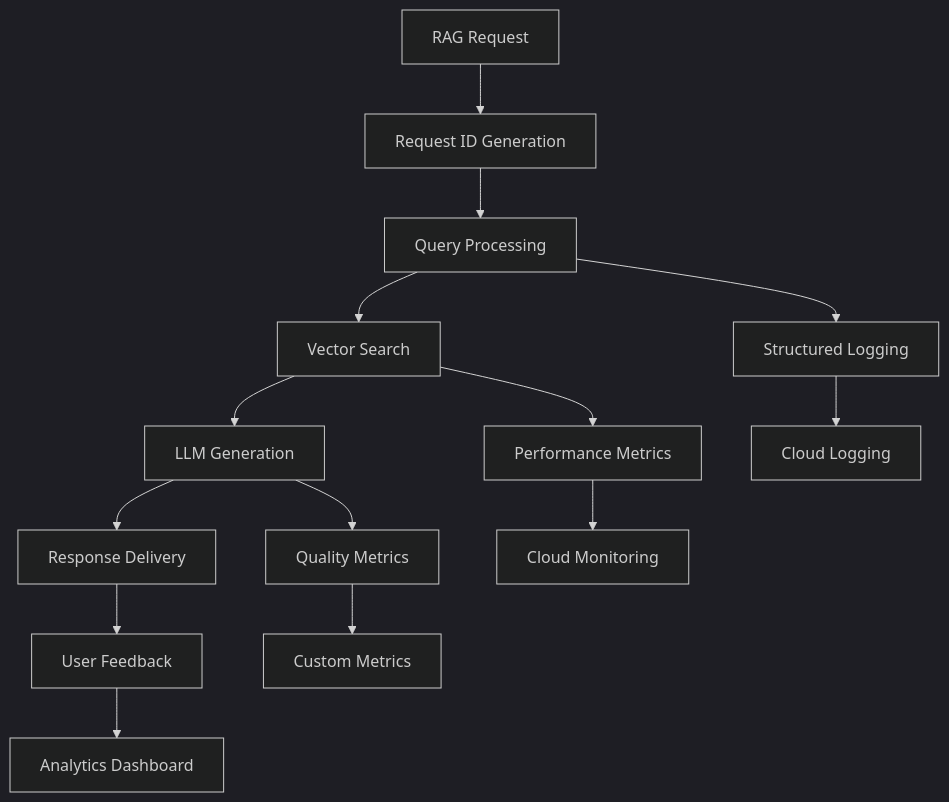
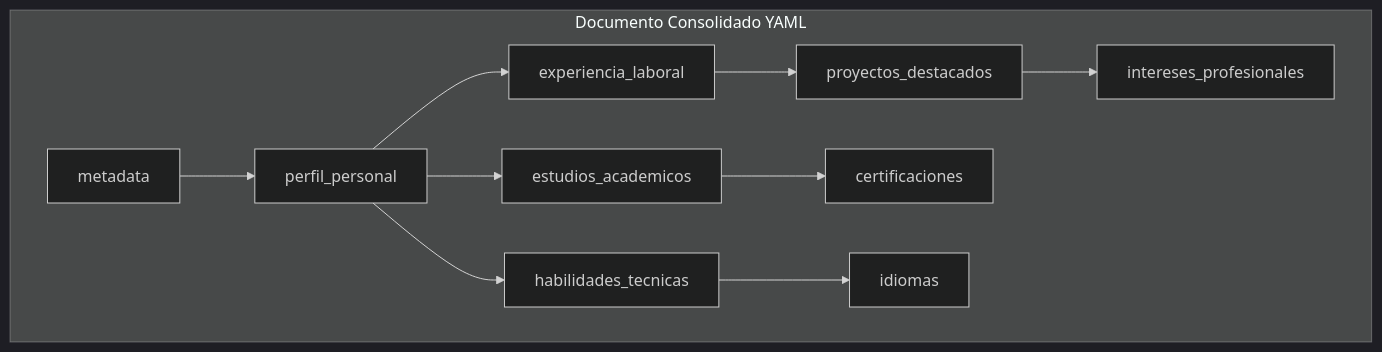
The fourth of 13 diagrams in docs/tech-solution.md (LIDR-academy/AI4Devs-finalproject), drawn with Mermaid (dark theme) before and after one commit. The commit also changed other lines of this file and 21 other files, not shown here.

````diff
--- a/docs/tech-solution.md
+++ b/docs/tech-solution.md
@@ -310,18 +172,23 @@
 ```mermaid
 graph TB
-    A[RAG Request] --> B[Request ID Generation]
-    B --> C[Query Processing]
-    C --> D[Vector Search]
-    D --> E[LLM Generation]
-    E --> F[Response Delivery]
+    subgraph "Documento Consolidado YAML"
+        A[metadata]
+        B[perfil_personal]
+        C[experiencia_laboral]
+        D[estudios_academicos]
+        E[habilidades_tecnicas]
+        F[proyectos_destacados]
+        G[certificaciones]
+        H[idiomas]
+        I[intereses_profesionales]
+    end
     
-    C --> G[Structured Logging]
-    D --> H[Performance Metrics]
-    E --> I[Quality Metrics]
-    F --> J[User Feedback]
-    
-    G --> K[Cloud Logging]
-    H --> L[Cloud Monitoring]
-    I --> M[Custom Metrics]
-    J --> N[Analytics Dashboard]
+    A --> B
+    B --> C
+    B --> D
+    B --> E
+    C --> F
+    D --> G
+    E --> H
+    F --> I
 ```
````
